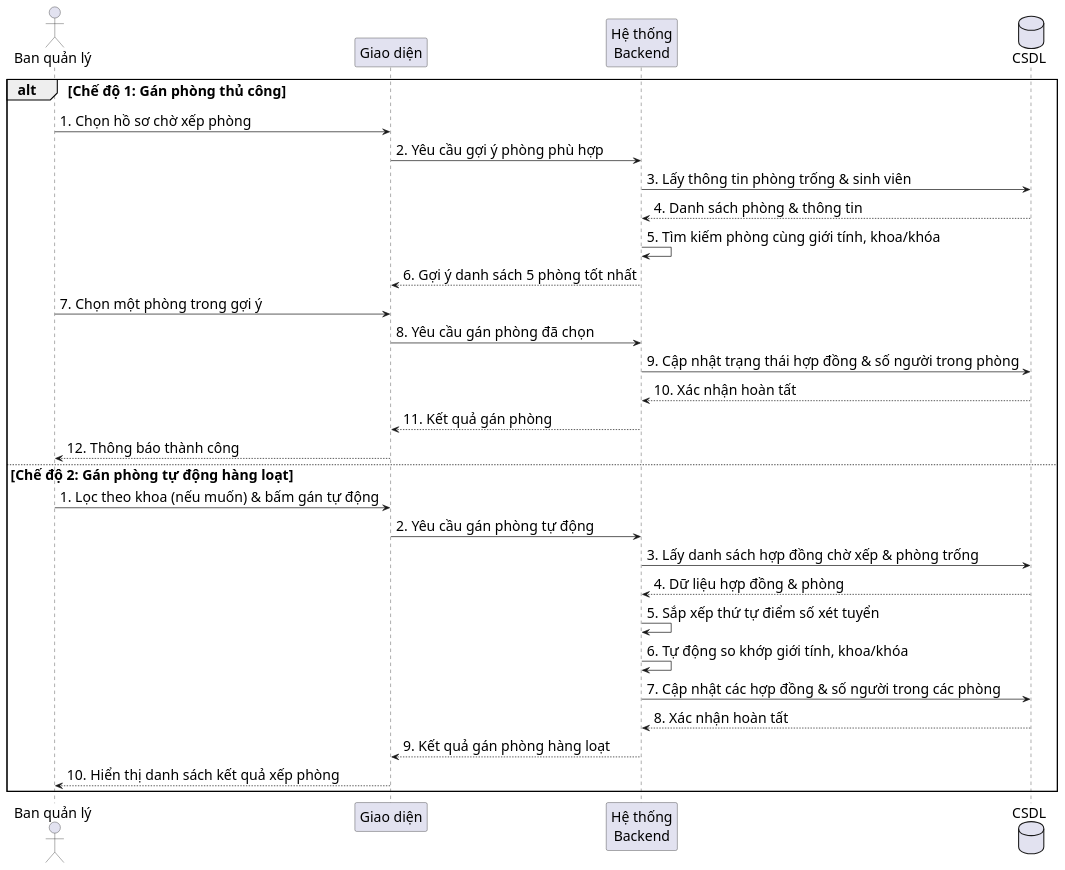
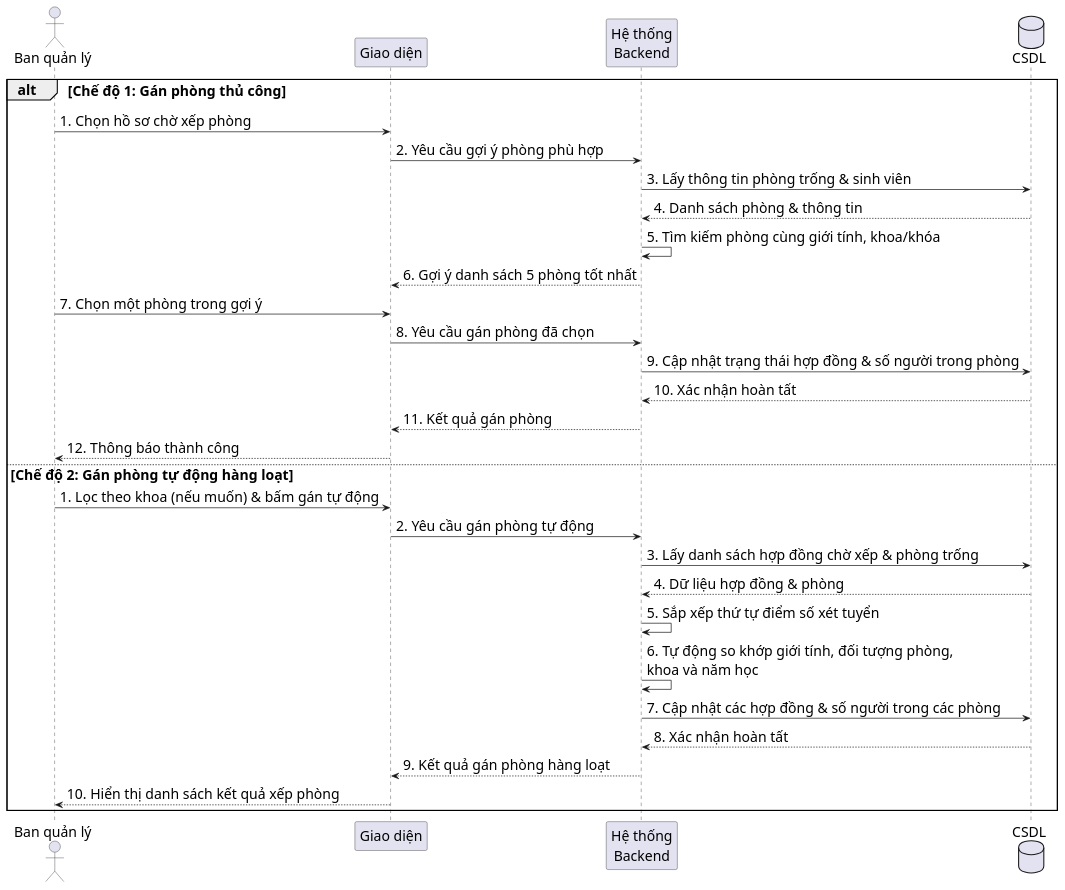
One commit to s0nbuildtech287/dormitory-frontend changed the diagram in diagrams/nhomphonghopdong/room_assignment_sequence.puml. Above: the diagram before and after it, drawn with PlantUML. The commit also changed 1 other file, not shown here.

```diff
--- a/diagrams/nhomphonghopdong/room_assignment_sequence.puml
+++ b/diagrams/nhomphonghopdong/room_assignment_sequence.puml
@@ -1,37 +1,37 @@
 @startuml "Room Assignment Sequence"
 skinparam defaultFontSize 20
 skinparam defaultFontName "Times New Roman"
 skinparam sequenceMessageSize 20
 
 actor "Ban quản lý" as Admin
 participant "Giao diện" as FE
 participant "Hệ thống\nBackend" as BE
 database "CSDL" as DB
 
 alt Chế độ 1: Gán phòng thủ công
   Admin -> FE: 1. Chọn hồ sơ chờ xếp phòng
   FE -> BE: 2. Yêu cầu gợi ý phòng phù hợp
   BE -> DB: 3. Lấy thông tin phòng trống & sinh viên
   DB --> BE: 4. Danh sách phòng & thông tin
   BE -> BE: 5. Tìm kiếm phòng cùng giới tính, khoa/khóa
   BE --> FE: 6. Gợi ý danh sách 5 phòng tốt nhất
   Admin -> FE: 7. Chọn một phòng trong gợi ý
   FE -> BE: 8. Yêu cầu gán phòng đã chọn
   BE -> DB: 9. Cập nhật trạng thái hợp đồng & số người trong phòng
   DB --> BE: 10. Xác nhận hoàn tất
   BE --> FE: 11. Kết quả gán phòng
   FE --> Admin: 12. Thông báo thành công
 
 else Chế độ 2: Gán phòng tự động hàng loạt
   Admin -> FE: 1. Lọc theo khoa (nếu muốn) & bấm gán tự động
   FE -> BE: 2. Yêu cầu gán phòng tự động
   BE -> DB: 3. Lấy danh sách hợp đồng chờ xếp & phòng trống
   DB --> BE: 4. Dữ liệu hợp đồng & phòng
   BE -> BE: 5. Sắp xếp thứ tự điểm số xét tuyển
-  BE -> BE: 6. Tự động so khớp giới tính, khoa/khóa
+  BE -> BE: 6. Tự động so khớp giới tính, đối tượng phòng,\nkhoa và năm học
   BE -> DB: 7. Cập nhật các hợp đồng & số người trong các phòng
   DB --> BE: 8. Xác nhận hoàn tất
   BE --> FE: 9. Kết quả gán phòng hàng loạt
   FE --> Admin: 10. Hiển thị danh sách kết quả xếp phòng
 end
 @enduml
```
